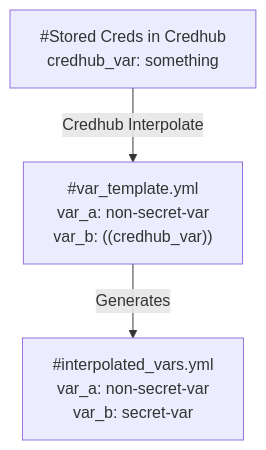
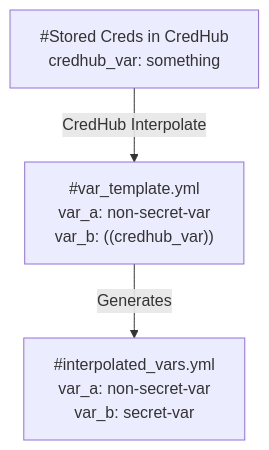
One commit to pivotal/docs-platform-automation changed the diagram in docs/variables-interpolate-flowchart-mixed.mmd. Above: the diagram before and after it, drawn with Mermaid. The commit also changed 15 other files, not shown here.

Commit message:
change to 'CredHub'

```diff
--- a/docs/variables-interpolate-flowchart-mixed.mmd
+++ b/docs/variables-interpolate-flowchart-mixed.mmd
@@ -1,8 +1,8 @@
 <div class="mermaid">
 graph TD;
   secret_tmpl["#var_template.yml<br/>var_a: non-secret-var<br/>var_b: ((credhub_var))"];
-credhub[#Stored Creds in Credhub<br/>credhub_var: something];
+credhub[#Stored Creds in CredHub<br/>credhub_var: something];
   vars_2["#interpolated_vars.yml<br/>var_a: non-secret-var<br/>var_b: secret-var"]
-credhub -- Credhub Interpolate --> secret_tmpl;
+credhub -- CredHub Interpolate --> secret_tmpl;
 secret_tmpl -- Generates --> vars_2;
 </div>
```
